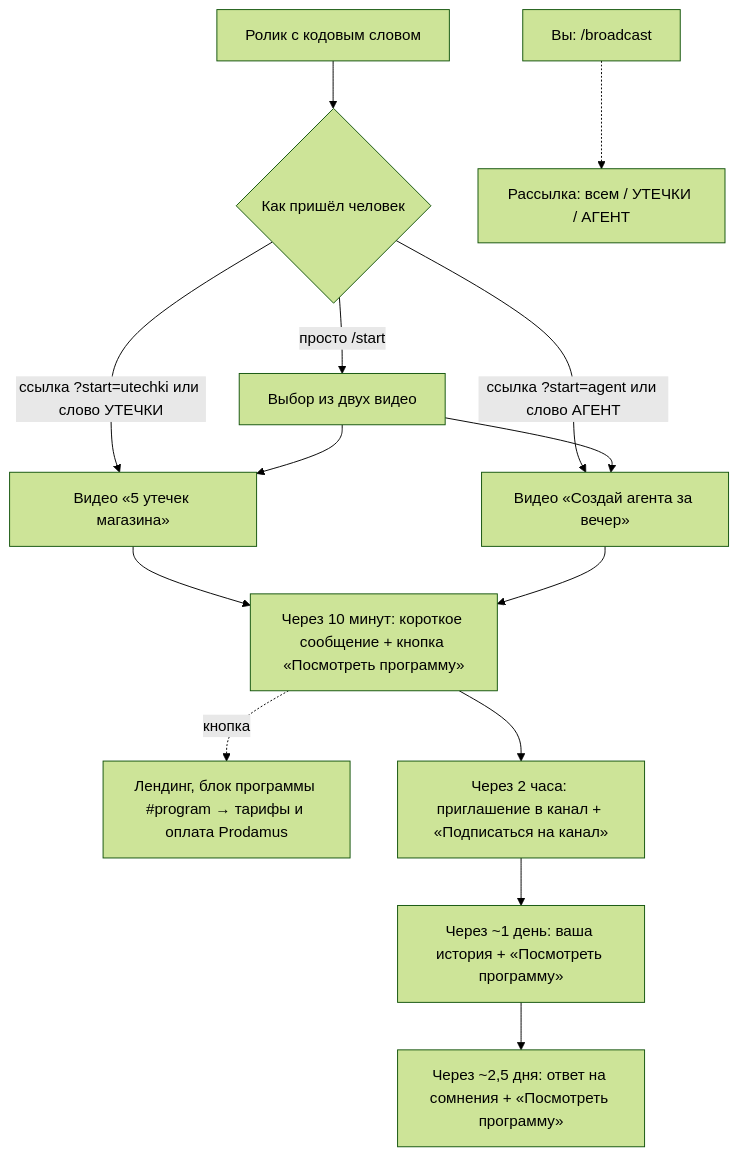
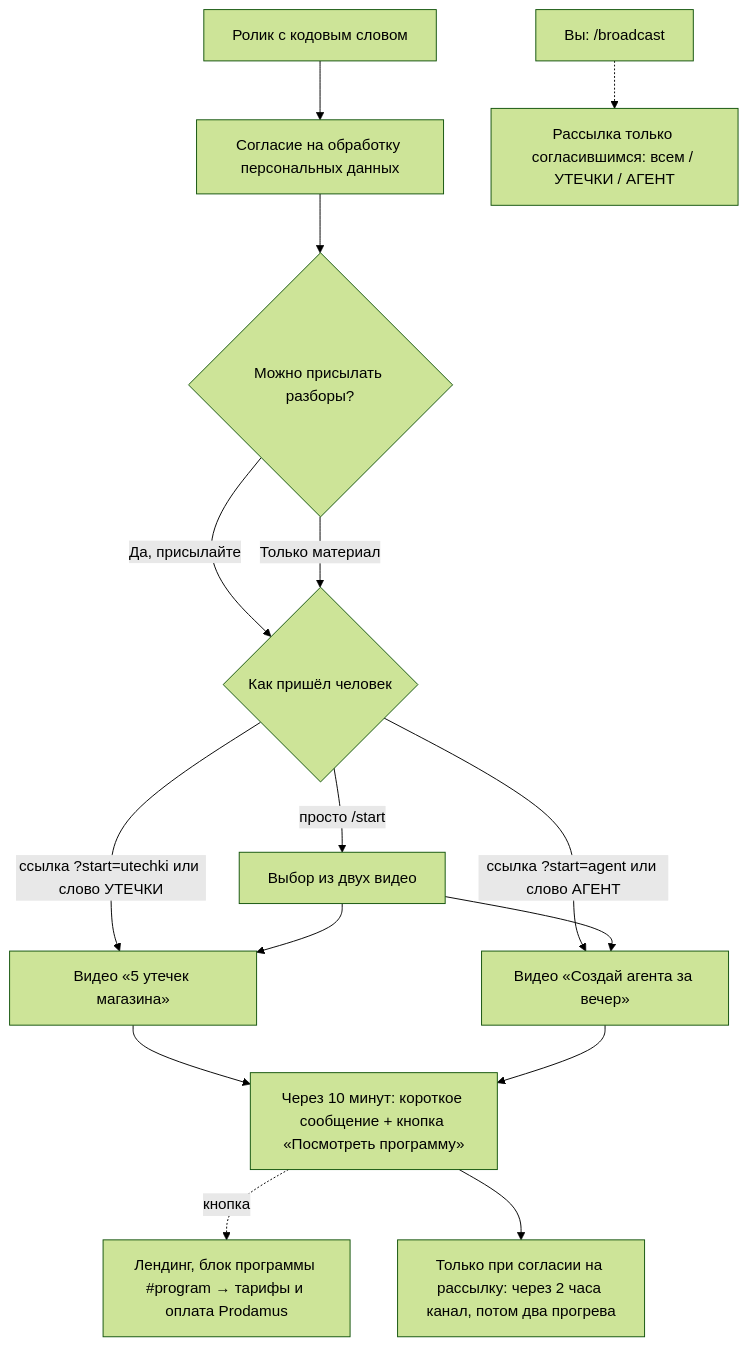
Before and after one commit to sobgroup16-alt/seller-bot: the diagram in README.md, drawn with Mermaid (forest theme). The commit also changed other lines of this file and 9 other files, not shown here.

First line of the commit message:
Согласие на ПДн и рассылку перед материалом

````diff
--- a/README.md
+++ b/README.md
@@ -24,14 +24,15 @@
 ```mermaid
 flowchart TD
-    A[Ролик с кодовым словом] --> B{Как пришёл человек}
+    A[Ролик с кодовым словом] --> PD[Согласие на обработку персональных данных]
+    PD --> M{Можно присылать разборы?}
+    M -->|Да, присылайте| B{Как пришёл человек}
+    M -->|Только материал| B
     B -->|ссылка ?start=utechki или слово УТЕЧКИ| U[Видео «5 утечек магазина»]
     B -->|ссылка ?start=agent или слово АГЕНТ| G[Видео «Создай агента за вечер»]
     B -->|просто /start| C[Выбор из двух видео] --> U & G
     U --> O[Через 10 минут: короткое сообщение + кнопка «Посмотреть программу»]
     G --> O
     O -.->|кнопка| L[Лендинг, блок программы #program → тарифы и оплата Prodamus]
-    O --> CH[Через 2 часа: приглашение в канал + «Подписаться на канал»]
-    CH --> W1[Через ~1 день: ваша история + «Посмотреть программу»]
-    W1 --> W2[Через ~2,5 дня: ответ на сомнения + «Посмотреть программу»]
-    R[Вы: /broadcast] -.-> ALL[Рассылка: всем / УТЕЧКИ / АГЕНТ]
+    O --> CH[Только при согласии на рассылку: через 2 часа канал, потом два прогрева]
+    R[Вы: /broadcast] -.-> ALL[Рассылка только согласившимся: всем / УТЕЧКИ / АГЕНТ]
 ```
````
